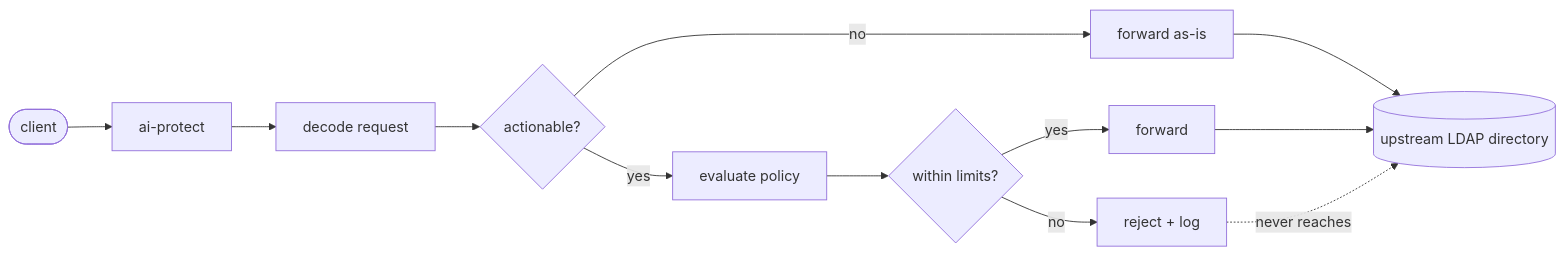
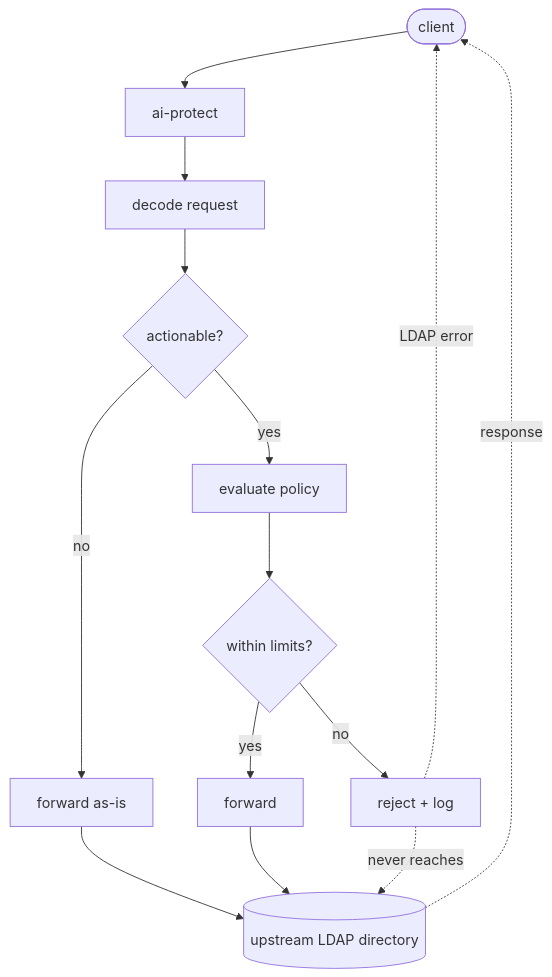
One commit to scorpion/protect changed the diagram in README.md. Above: the diagram before and after it, drawn with Mermaid. The commit also changed other lines of this file and 4 other files, not shown here.

````diff
--- a/README.md
+++ b/README.md
@@ -37,14 +43,16 @@
 ```mermaid
-flowchart LR
+flowchart TD
     client([client]) --> proxy[ai-protect]
     proxy --> decode[decode request]
     decode --> actionable{actionable?}
     actionable -->|no| forward1[forward as-is]
     actionable -->|yes| policy[evaluate policy]
     policy --> withinLimits{within limits?}
     withinLimits -->|yes| forward2[forward]
     withinLimits -->|no| reject[reject + log]
     forward1 --> upstream[(upstream LDAP directory)]
     forward2 --> upstream
     reject -.never reaches.-> upstream
+    upstream -.response.-> client
+    reject -.LDAP error.-> client
 ```
````
